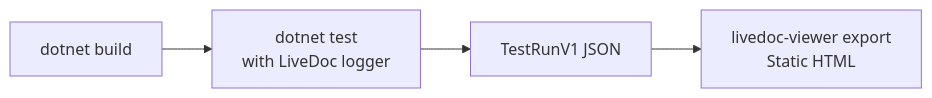
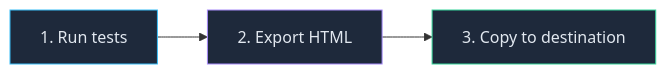
One commit to dotnetprofessional/LiveDoc changed the diagram in docs/docs/xunit/guides/ci-cd.mdx. Above: the diagram before and after it, drawn with Mermaid. The commit also changed other lines of this file and 2 other files, not shown here.

````diff
--- a/docs/docs/xunit/guides/ci-cd.mdx
+++ b/docs/docs/xunit/guides/ci-cd.mdx
@@ -26,6 +20,8 @@
 ```mermaid
 graph LR
-    A["dotnet build"] --> B["dotnet test\nwith LiveDoc logger"]
-    B --> C["TestRunV1 JSON"]
-    C --> D["livedoc-viewer export\nStatic HTML"]
+    A["1. Run tests"] --> B["2. Export HTML"]
+    B --> C["3. Copy to destination"]
+    style A fill:#1e293b,stroke:#38bdf8,color:#e2e8f0
+    style B fill:#1e293b,stroke:#a78bfa,color:#e2e8f0
+    style C fill:#1e293b,stroke:#34d399,color:#e2e8f0
 ```
````
